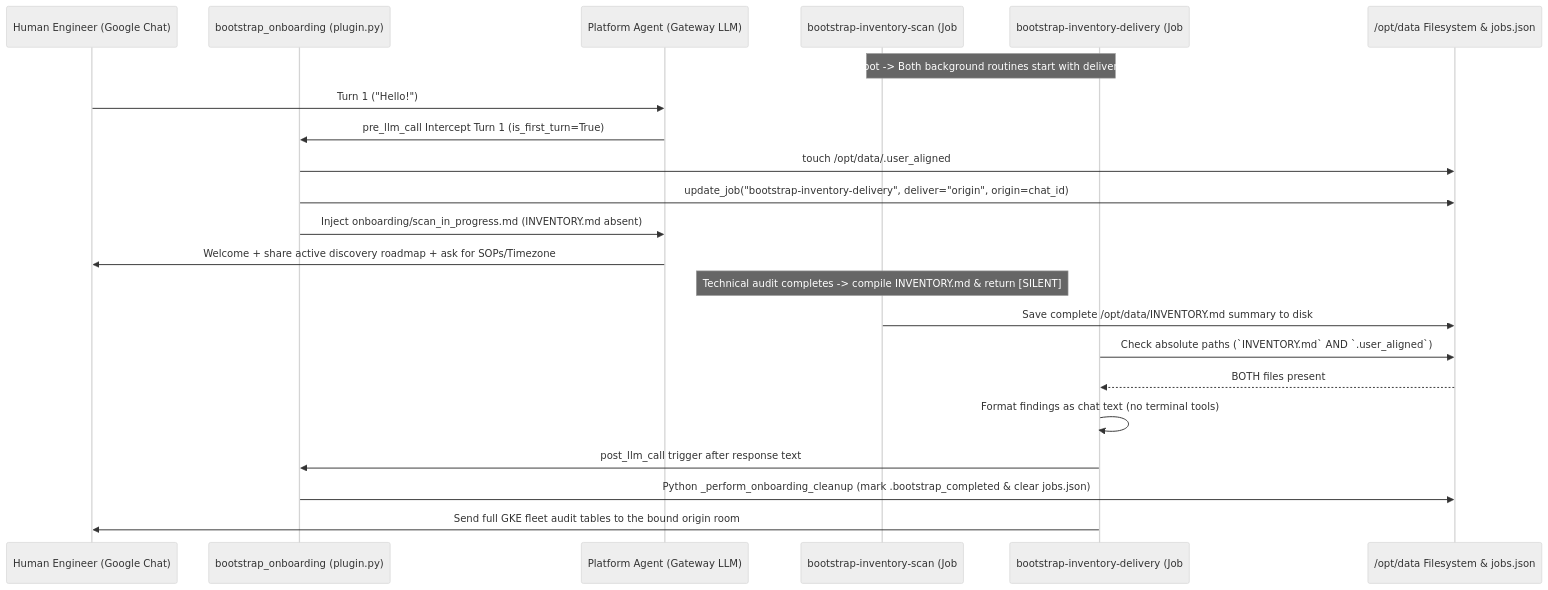
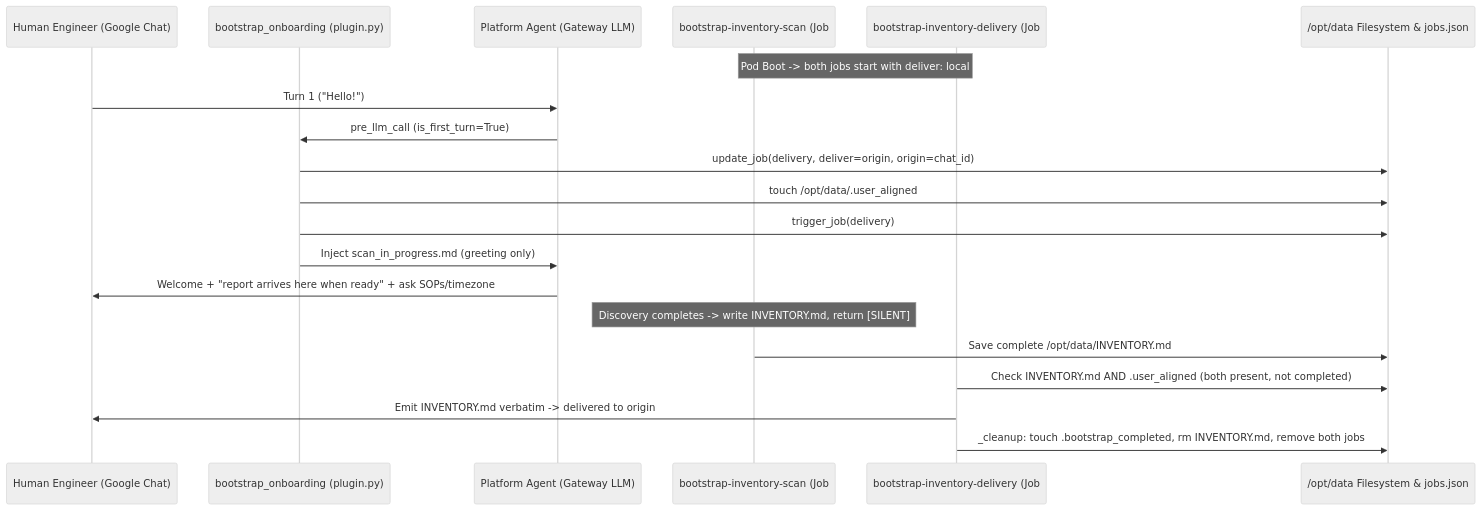
Before and after one commit to gke-labs/kube-agents: the second of 3 diagrams in agents/platform/plugins/bootstrap_onboarding/README.md, drawn with Mermaid (neutral theme). The commit also changed other lines of this file and 10 other files, not shown here.

First line of the commit message:
feat(platform): deterministic no-LLM onboarding delivery + self-terminating scan

````diff
--- a/agents/platform/plugins/bootstrap_onboarding/README.md
+++ b/agents/platform/plugins/bootstrap_onboarding/README.md
@@ -69,25 +69,23 @@
 ```mermaid
 sequenceDiagram
     participant User as Human Engineer (Google Chat)
     participant Hook as bootstrap_onboarding (plugin.py)
     participant Agent as Platform Agent (Gateway LLM)
-    participant Scan as bootstrap-inventory-scan (Job #1)
-    participant Notify as bootstrap-inventory-delivery (Job #2)
+    participant Scan as bootstrap-inventory-scan (Job #1, LLM)
+    participant Deliver as bootstrap-inventory-delivery (Job #2, no_agent script)
     participant Disk as /opt/data Filesystem & jobs.json
 
-    Note over Scan,Notify: Pod Boot -> Both background routines start with deliver: local
+    Note over Scan,Deliver: Pod Boot -> both jobs start with deliver: local
     User->>Agent: Turn 1 ("Hello!")
-    Agent->>Hook: pre_llm_call Intercept Turn 1 (is_first_turn=True)
+    Agent->>Hook: pre_llm_call (is_first_turn=True)
+    Hook->>Disk: update_job(delivery, deliver=origin, origin=chat_id)
     Hook->>Disk: touch /opt/data/.user_aligned
-    Hook->>Disk: update_job("bootstrap-inventory-delivery", deliver="origin", origin=chat_id)
-    Hook->>Agent: Inject onboarding/scan_in_progress.md (INVENTORY.md absent)
-    Agent->>User: Welcome + share active discovery roadmap + ask for SOPs/Timezone
-    Note over Scan: Technical audit completes -> compile INVENTORY.md & return [SILENT]
-    Scan->>Disk: Save complete /opt/data/INVENTORY.md summary to disk
-    Notify->>Disk: Check absolute paths (`INVENTORY.md` AND `.user_aligned`)
-    Disk-->>Notify: BOTH files present
-    Notify->>Notify: Format findings as chat text (no terminal tools)
-    Notify->>Hook: post_llm_call trigger after response text
-    Hook->>Disk: Python _perform_onboarding_cleanup (mark .bootstrap_completed & clear jobs.json)
-    Notify->>User: Send full GKE fleet audit tables to the bound origin room
+    Hook->>Disk: trigger_job(delivery)
+    Hook->>Agent: Inject scan_in_progress.md (greeting only)
+    Agent->>User: Welcome + "report arrives here when ready" + ask SOPs/timezone
+    Note over Scan: Discovery completes -> write INVENTORY.md, return [SILENT]
+    Scan->>Disk: Save complete /opt/data/INVENTORY.md
+    Deliver->>Disk: Check INVENTORY.md AND .user_aligned (both present, not completed)
+    Deliver->>User: Emit INVENTORY.md verbatim -> delivered to origin
+    Deliver->>Disk: _cleanup: touch .bootstrap_completed, rm INVENTORY.md, remove both jobs
 ```
````
